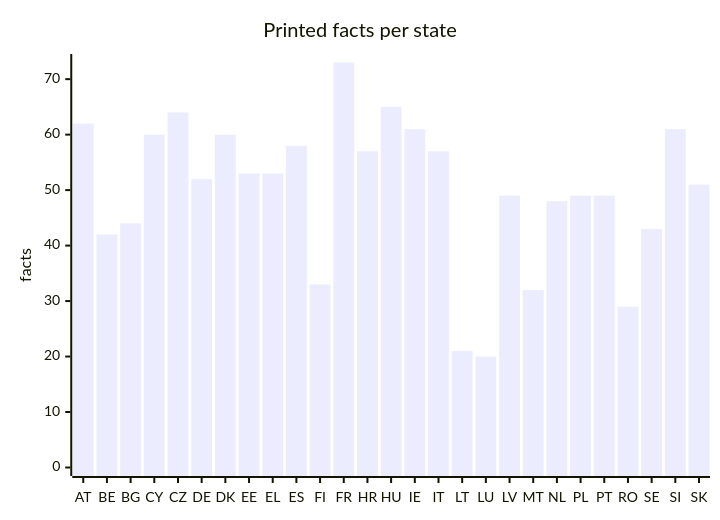
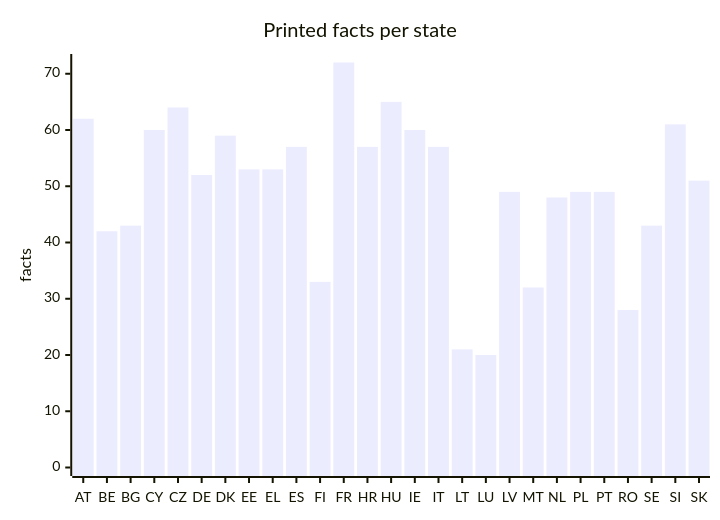
The fourth of 5 diagrams in docs/evidence.md (EU27-data-sovereignty/eu27-data-sovereignty), drawn with Mermaid before and after one commit. The commit also changed other lines of this file and 48 other files, not shown here.

````diff
--- a/docs/evidence.md
+++ b/docs/evidence.md
@@ -85,7 +85,7 @@
 ```mermaid
 xychart-beta
   title "Printed facts per state"
   x-axis [AT, BE, BG, CY, CZ, DE, DK, EE, EL, ES, FI, FR, HR, HU, IE, IT, LT, LU, LV, MT, NL, PL, PT, RO, SE, SI, SK]
-  y-axis "facts" 0 --> 73
-  bar [62, 42, 44, 60, 64, 52, 60, 53, 53, 58, 33, 73, 57, 65, 61, 57, 21, 20, 49, 32, 48, 49, 49, 29, 43, 61, 51]
+  y-axis "facts" 0 --> 72
+  bar [62, 42, 43, 60, 64, 52, 59, 53, 53, 57, 33, 72, 57, 65, 60, 57, 21, 20, 49, 32, 48, 49, 49, 28, 43, 61, 51]
 ```
````
